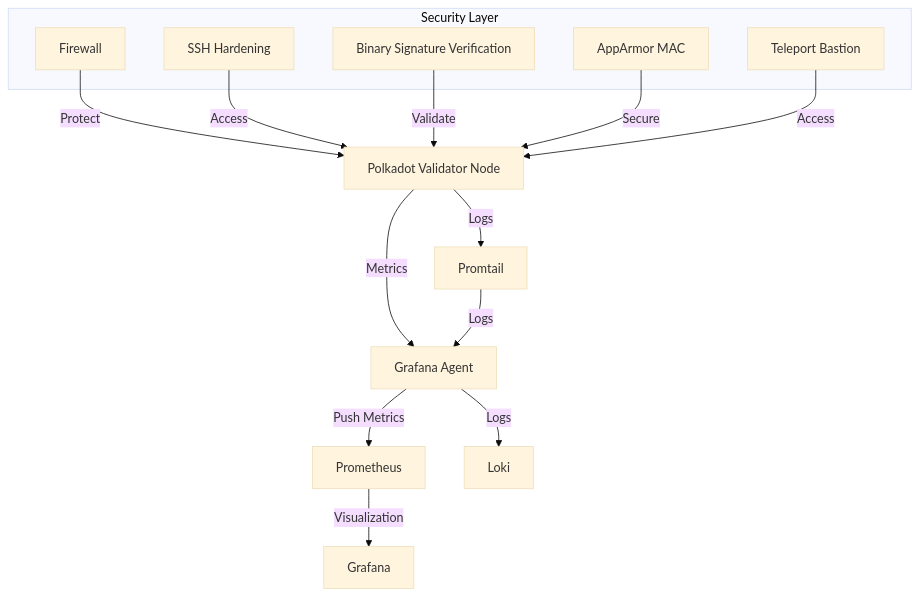
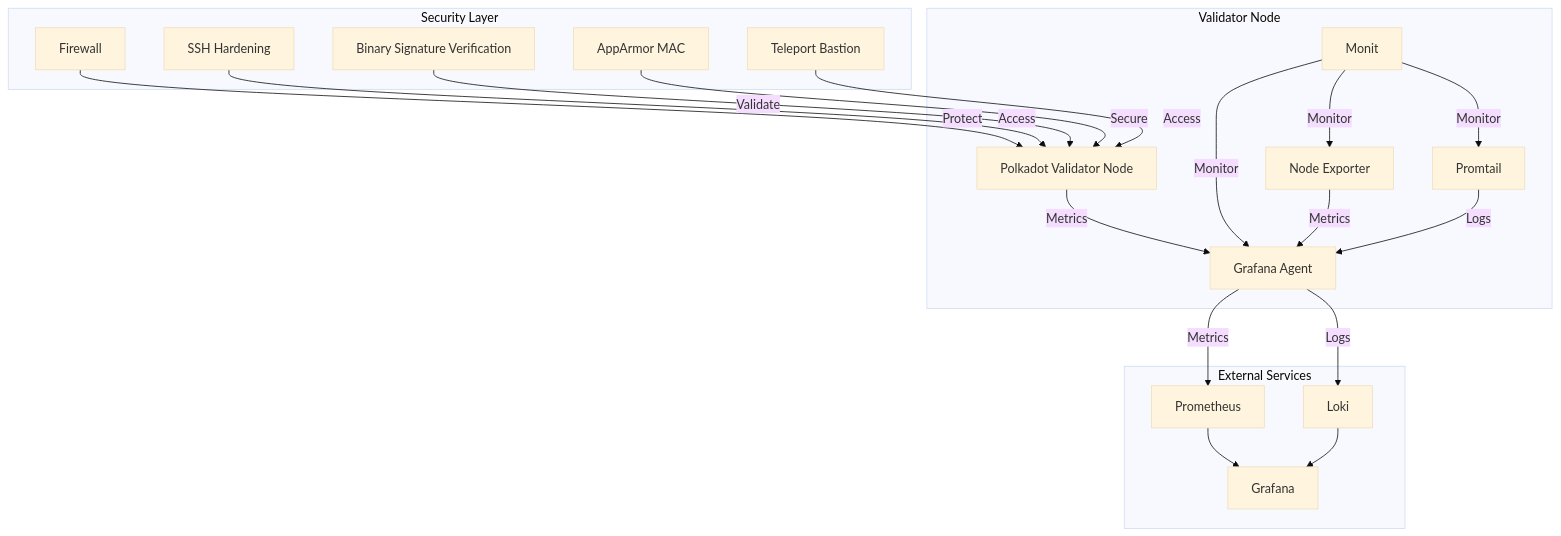
The first of 2 diagrams in README.md (pampatzoglou/provision-validators), drawn with Mermaid (base theme) before and after one commit. The commit also changed 2 other files, not shown here.

Commit message:
update README files

````diff
--- a/README.md
+++ b/README.md
@@ -24,23 +24,40 @@
 ```mermaid
 graph TD
-    A[Polkadot Validator Node] --> |Metrics| B[Grafana Agent]
-    B --> |Push Metrics| C[Prometheus]
-    C --> |Visualization| D[Grafana]
-    A --> |Logs| E[Promtail]
-    E --> |Logs| B
-    B --> |Logs| F[Loki]
+    subgraph Validator Node
+        A[Polkadot Validator Node]
+        B[Node Exporter]
+        C[Grafana Agent]
+        D[Promtail]
+        M[Monit] --> |Monitor| C
+        M --> |Monitor| B
+        M --> |Monitor| D
+    end
+
+    subgraph External Services
+        E[Prometheus]
+        F[Loki]
+        G[Grafana]
+        E --> G
+        F --> G
+    end
     
     subgraph Security Layer
-        G[Firewall]
-        H[SSH Hardening]
-        I[Binary Signature Verification]
-        J[AppArmor MAC]
-        T[Teleport Bastion]
+        H[Firewall]
+        I[SSH Hardening]
+        J[Binary Signature Verification]
+        K[AppArmor MAC]
+        L[Teleport Bastion]
     end
 
-    G --> |Protect| A
-    H --> |Access| A
-    I --> |Validate| A
-    J --> |Secure| A
-    T --> |Access| A
+    A --> |Metrics| C
+    B --> |Metrics| C
+    D --> |Logs| C
+    C --> |Metrics| E
+    C --> |Logs| F
+
+    H --> |Protect| A
+    I --> |Access| A
+    J --> |Validate| A
+    K --> |Secure| A
+    L --> |Access| A
 ```
````
